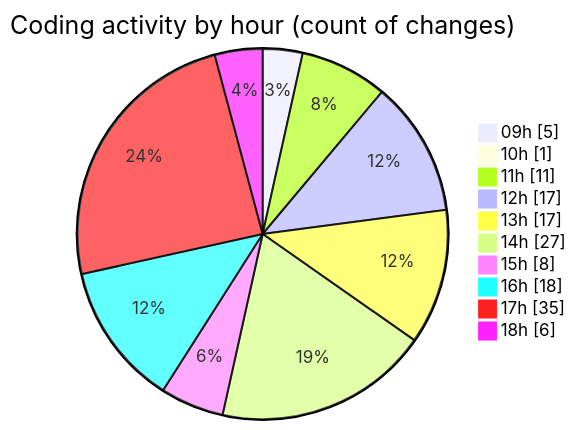
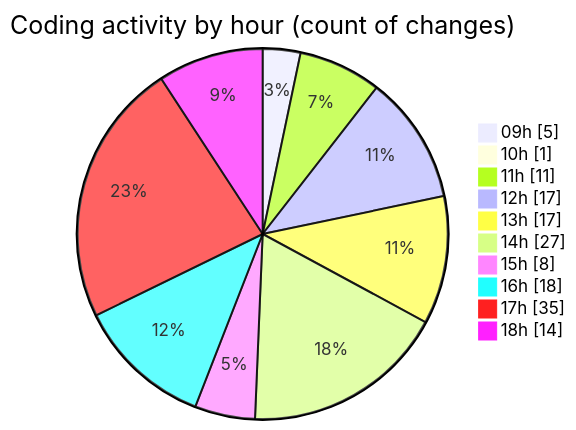
One commit to momahboobian/code-tracking changed the second of 2 diagrams in 2025-09-04/cda/README.md. Above: the diagram before and after it, drawn with Mermaid. The commit also changed other lines of this file and 1 other file, not shown here.

````diff
--- a/2025-09-04/cda/README.md
+++ b/2025-09-04/cda/README.md
@@ -44,14 +44,14 @@
 ```mermaid
 pie showData
 title Coding activity by hour (count of changes)
 "09h" : 5
 "10h" : 1
 "11h" : 11
 "12h" : 17
 "13h" : 17
 "14h" : 27
 "15h" : 8
 "16h" : 18
 "17h" : 35
-"18h" : 6
+"18h" : 14
 ```
````
